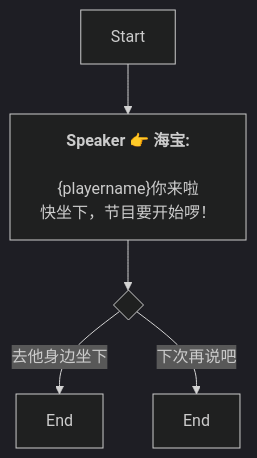
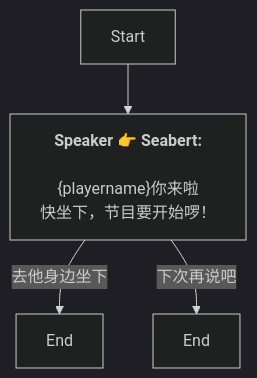
Before and after one commit to SoftHu/tos_avg: the diagram in Zh/QuestStartTalkENode_1753932806842204.md, drawn with Mermaid (dark theme). The commit also changed 737 other files, not shown here.

````diff
--- a/Zh/QuestStartTalkENode_1753932806842204.md
+++ b/Zh/QuestStartTalkENode_1753932806842204.md
@@ -1,11 +1,9 @@
 ```mermaid
 graph
-Start -->1753932836608863[<b>Speaker 👉 海宝:</b>
+Start -->1753932836608863[<b>Speaker 👉 Seabert:</b>
+\n&lbrace;playername&rbrace;你来啦
+快坐下，节目要开始啰！]
+1753932836608863 -->|去他身边坐下|1753933123549030[End]
+1753932836608863 -->|下次再说吧|1753933129887591[End]
 
-&lbrace;playername&rbrace;你来啦
-快坐下，节目要开始啰！]
-1753932836608863 -->1753932882727777{ }
-1753932882727777 -->|去他身边坐下|1753933123549030[End]
-1753932882727777 -->|下次再说吧|1753933129887591[End]
-
- ```
+```
````
